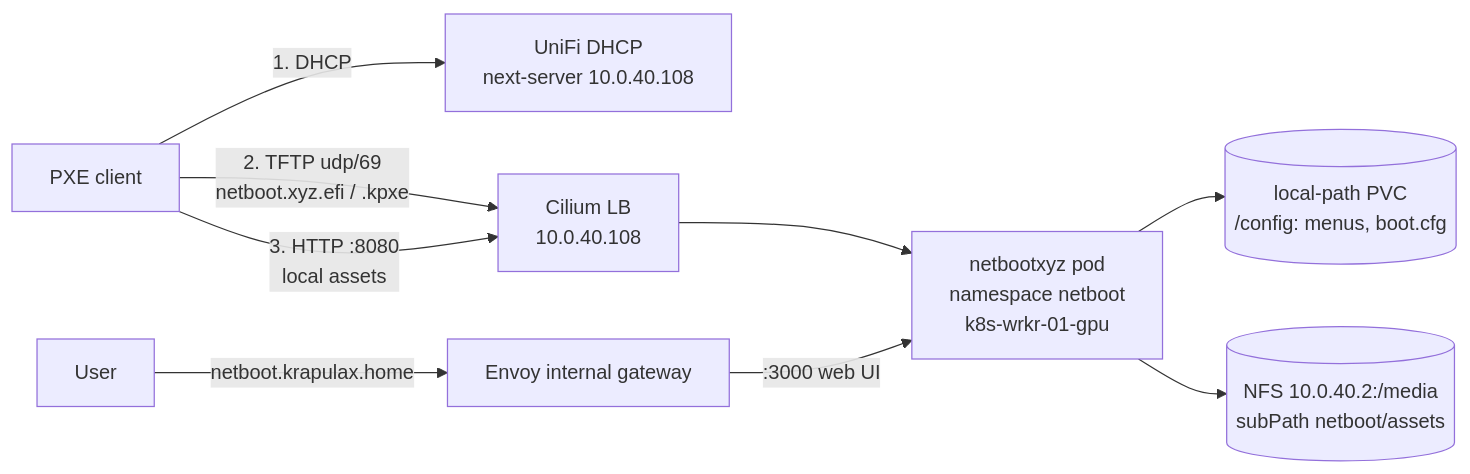
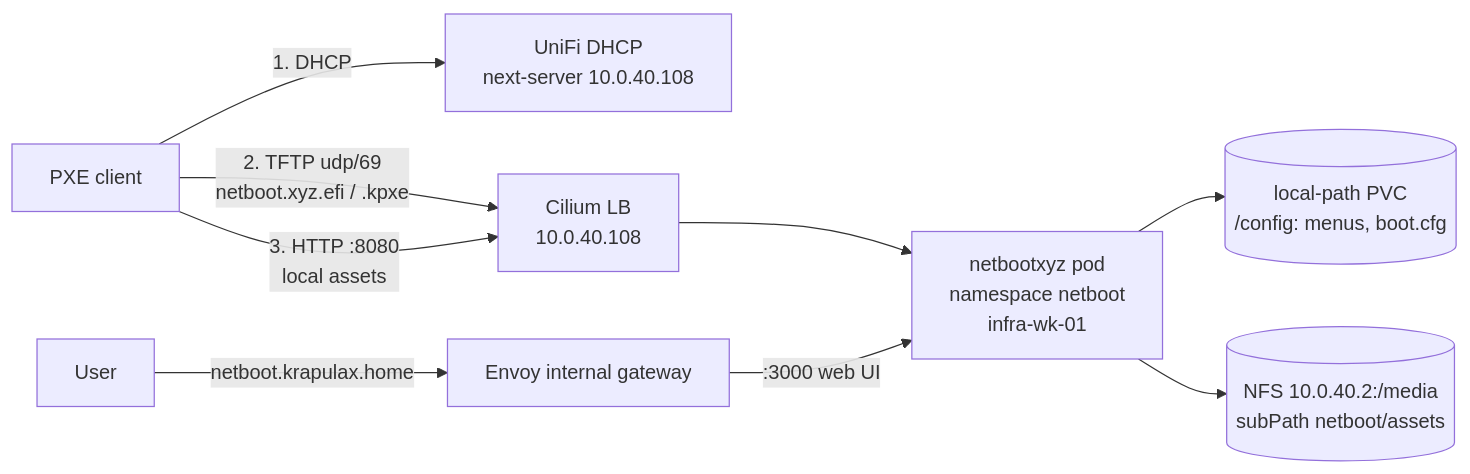
Before and after one commit to fabricesemti80/home-dc-kubernetes: the diagram in docs/architecture/netbootxyz.md, drawn with Mermaid. The commit also changed other lines of this file and 15 other files, not shown here.

First line of the commit message:
feat(netboot): move netboot.xyz to the infra cluster worker

````diff
--- a/docs/architecture/netbootxyz.md
+++ b/docs/architecture/netbootxyz.md
@@ -11,10 +11,10 @@
 ```mermaid
 flowchart LR
     Client[PXE client] -->|1. DHCP| UniFi[UniFi DHCP<br/>next-server 10.0.40.108]
     Client -->|2. TFTP udp/69<br/>netboot.xyz.efi / .kpxe| LB[Cilium LB<br/>10.0.40.108]
     Client -->|3. HTTP :8080<br/>local assets| LB
-    LB --> Pod[netbootxyz pod<br/>namespace netboot<br/>k8s-wrkr-01-gpu]
+    LB --> Pod[netbootxyz pod<br/>namespace netboot<br/>infra-wk-01]
     Pod --> Cfg[(local-path PVC<br/>/config: menus, boot.cfg)]
     Pod --> NAS[(NFS 10.0.40.2:/media<br/>subPath netboot/assets)]
     User -->|netboot.krapulax.home| Envoy[Envoy internal gateway] -->|:3000 web UI| Pod
 ```
````
